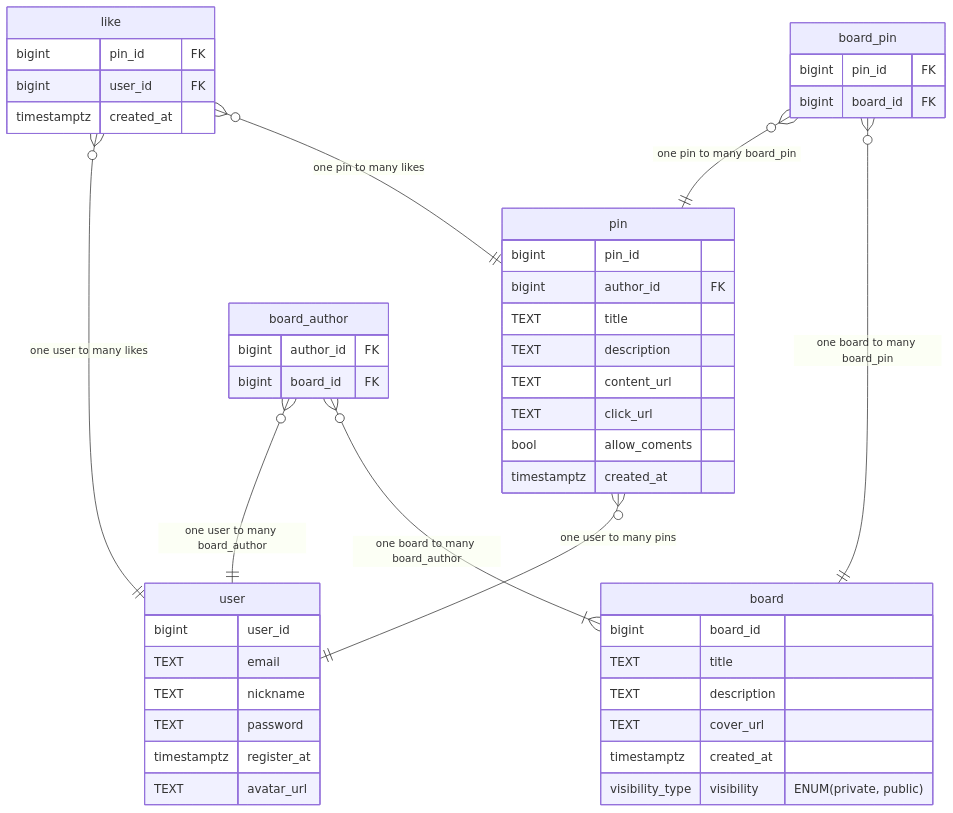
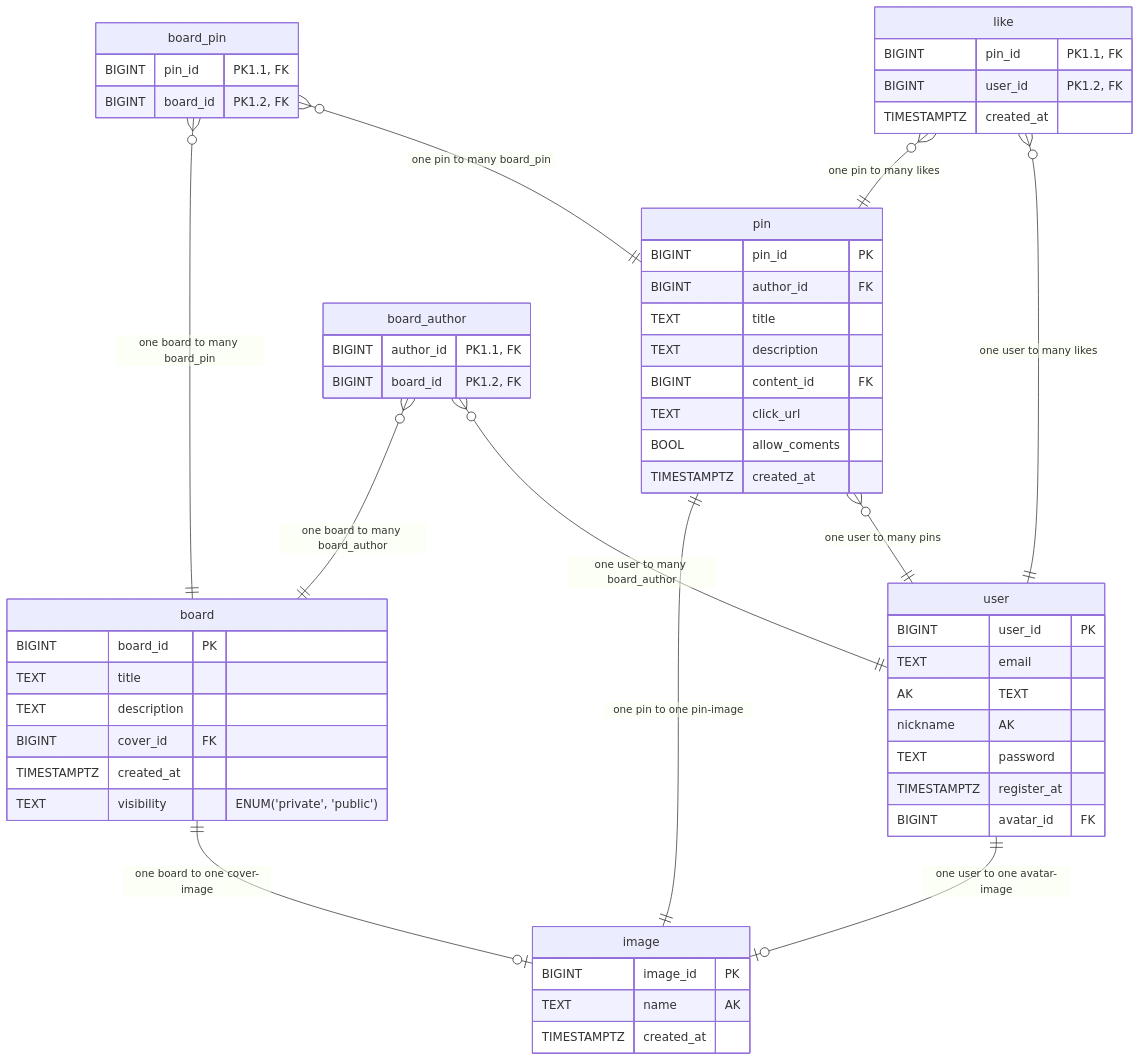
The diagram in db/normalized/ERD.md (go-park-mail-ru/2024_1_Harmonica), drawn with Mermaid before and after one commit. The commit also changed 4 other files, not shown here.

Commit message:
HAR-62: Fix ERD, migrations and relations, add 'image' relation.

````diff
--- a/db/normalized/ERD.md
+++ b/db/normalized/ERD.md
@@ -1,49 +1,58 @@
 ```mermaid
 erDiagram
     user {
-        bigint user_id
-        TEXT email
-        TEXT nickname
+        BIGINT user_id PK
+        TEXT email AK
+        TEXT nickname AK
         TEXT password
-        timestamptz register_at
-        TEXT avatar_url
+        TIMESTAMPTZ register_at
+        BIGINT avatar_id FK
     }
     pin {
-        bigint pin_id 
-        bigint author_id FK
+        BIGINT pin_id PK
+        BIGINT author_id FK
         TEXT title
         TEXT description
-        TEXT content_url
+        BIGINT content_id FK
         TEXT click_url
-        bool allow_coments
-        timestamptz created_at
+        BOOL allow_coments
+        TIMESTAMPTZ created_at
     }
     board {
-        bigint board_id
+        BIGINT board_id PK
         TEXT title
         TEXT description
-        TEXT cover_url
-        timestamptz created_at
-        visibility_type visibility "ENUM(private, public)"
+        BIGINT cover_id FK
+        TIMESTAMPTZ created_at
+        TEXT visibility "ENUM('private', 'public')"
     }
     like {
-        bigint pin_id FK
-        bigint user_id FK
-        timestamptz created_at
+        BIGINT pin_id "PK1.1, FK"
+        BIGINT user_id "PK1.2, FK"
+        TIMESTAMPTZ created_at
     }
     board_author {
-        bigint author_id FK
-        bigint board_id FK
+        BIGINT author_id "PK1.1, FK"
+        BIGINT board_id "PK1.2, FK"
     }
     board_pin {
-        bigint pin_id FK
-        bigint board_id FK
+        BIGINT pin_id "PK1.1, FK"
+        BIGINT board_id "PK1.2, FK"
     }
+    image {
+        BIGINT image_id "PK"
+        TEXT name "AK"
+        TIMESTAMPTZ created_at 
+    }
+
     pin o{--|| user : "one user to many pins"
     board_pin o{--|| pin : "one pin to many board_pin"
     board_pin o{--|| board : "one board to many board_pin"
     board_author o{--|| user : "one user to many board_author"
-    board_author o{--|{ board : "one board to many board_author"
+    board_author o{--|| board : "one board to many board_author"
     like o{--|| user : "one user to many likes"
     like o{--|| pin : "one pin to many likes"
+    user ||--o| image : "one user to one avatar-image"
+    pin ||--|| image : "one pin to one pin-image"
+    board ||--o| image : "one board to one cover-image"
 ```
````
